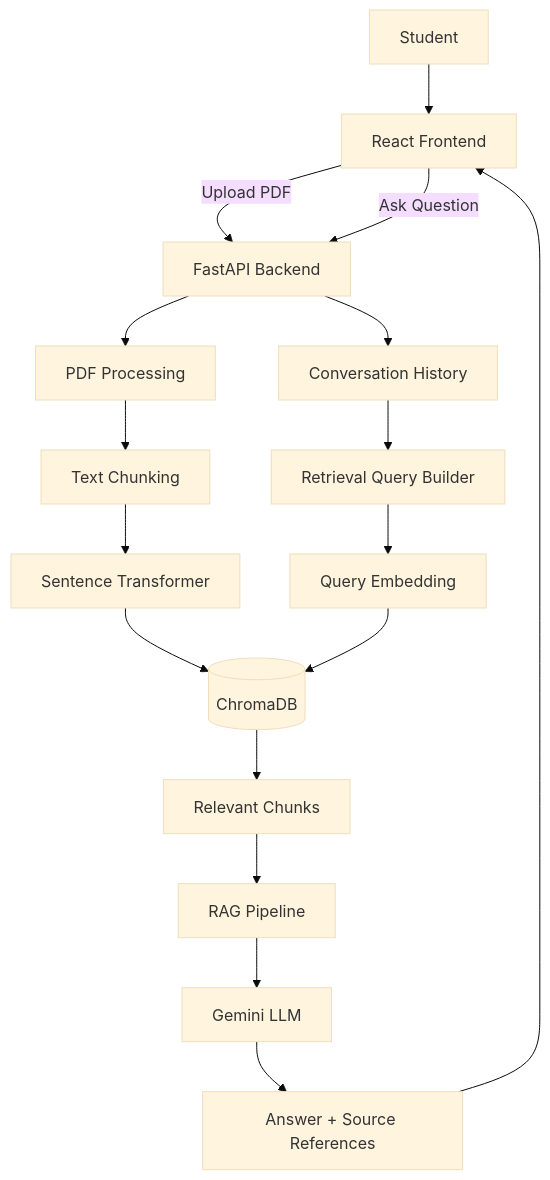
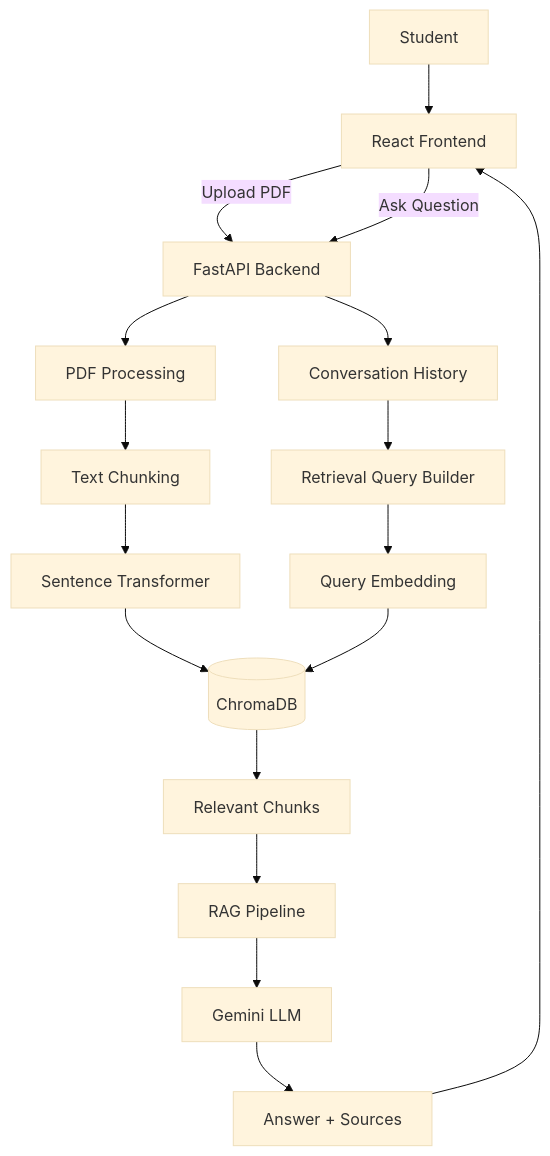
One commit to lamquangnhat/ai-study-assistant-rag changed the diagram in README.md. Above: the diagram before and after it, drawn with Mermaid (base theme). The commit also changed other lines of this file, not shown here.

````diff
--- a/README.md
+++ b/README.md
@@ -27,21 +37,21 @@
 ```mermaid
 flowchart TD
     A[Student] --> B[React Frontend]
+    B -->|Upload PDF| C[FastAPI Backend]
 
-    B -->|Upload PDF| C[FastAPI Backend]
     C --> D[PDF Processing]
     D --> E[Text Chunking]
     E --> F[Sentence Transformer]
     F --> G[(ChromaDB)]
 
     B -->|Ask Question| C
     C --> H[Conversation History]
     H --> I[Retrieval Query Builder]
     I --> J[Query Embedding]
     J --> G
     G --> K[Relevant Chunks]
     K --> L[RAG Pipeline]
     L --> M[Gemini LLM]
-    M --> N[Answer + Source References]
+    M --> N[Answer + Sources]
     N --> B
 ```
````
